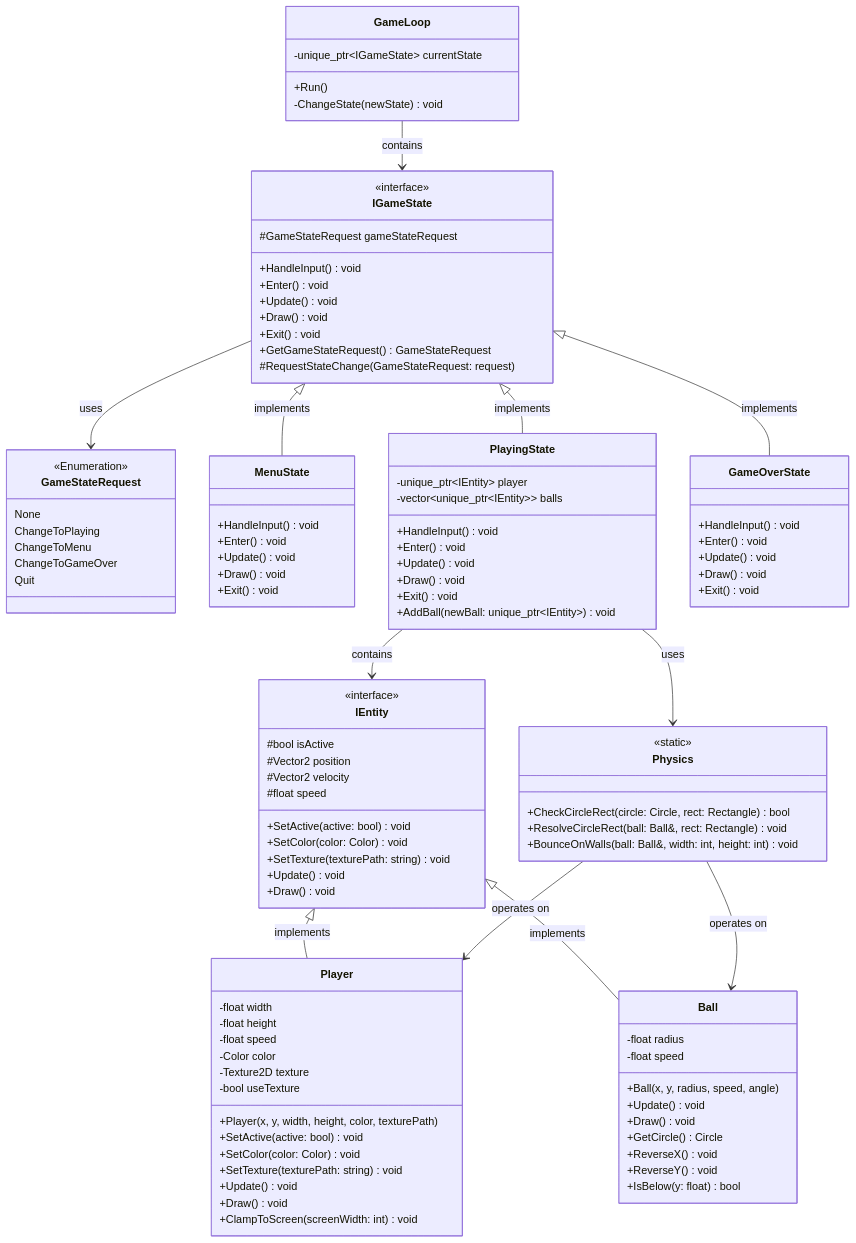
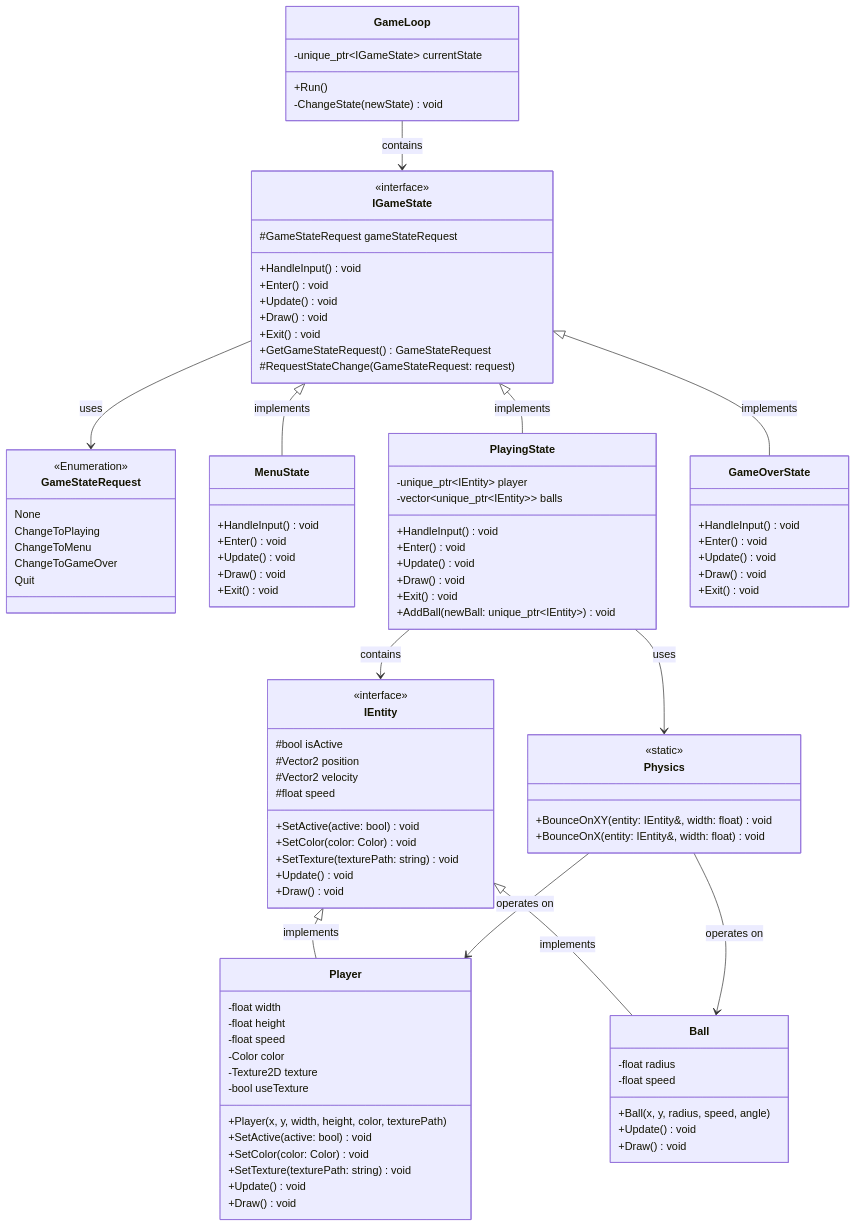
The diagram in diagrams/classDiagram.md (dciuca/cppang), drawn with Mermaid before and after one commit. The commit also changed 6 other files, not shown here.

Commit message:
[ISSUE #8] Physics: Bounce On Walls (generic, both balls and player)

```diff
--- a/diagrams/classDiagram.md
+++ b/diagrams/classDiagram.md
@@ -80,8 +80,6 @@
         +SetTexture(texturePath: string) void
         +Update() void
         +Draw() void
-        
-        +ClampToScreen(screenWidth: int) void
     }
 
     class Ball {
@@ -90,18 +88,12 @@
         +Ball(x, y, radius, speed, angle)
         +Update() void
         +Draw() void
-        
-        +GetCircle() Circle
-        +ReverseX() void
-        +ReverseY() void
-        +IsBelow(y: float) bool
     }
 
     class Physics {
         <<static>>
-        +CheckCircleRect(circle: Circle, rect: Rectangle) bool
-        +ResolveCircleRect(ball: Ball&, rect: Rectangle) void
-        +BounceOnWalls(ball: Ball&, width: int, height: int) void
+        +BounceOnXY(entity: IEntity&, width: float) void
+        +BounceOnX(entity: IEntity&, width: float) void
     }
 
     GameLoop --> IGameState : contains
```
